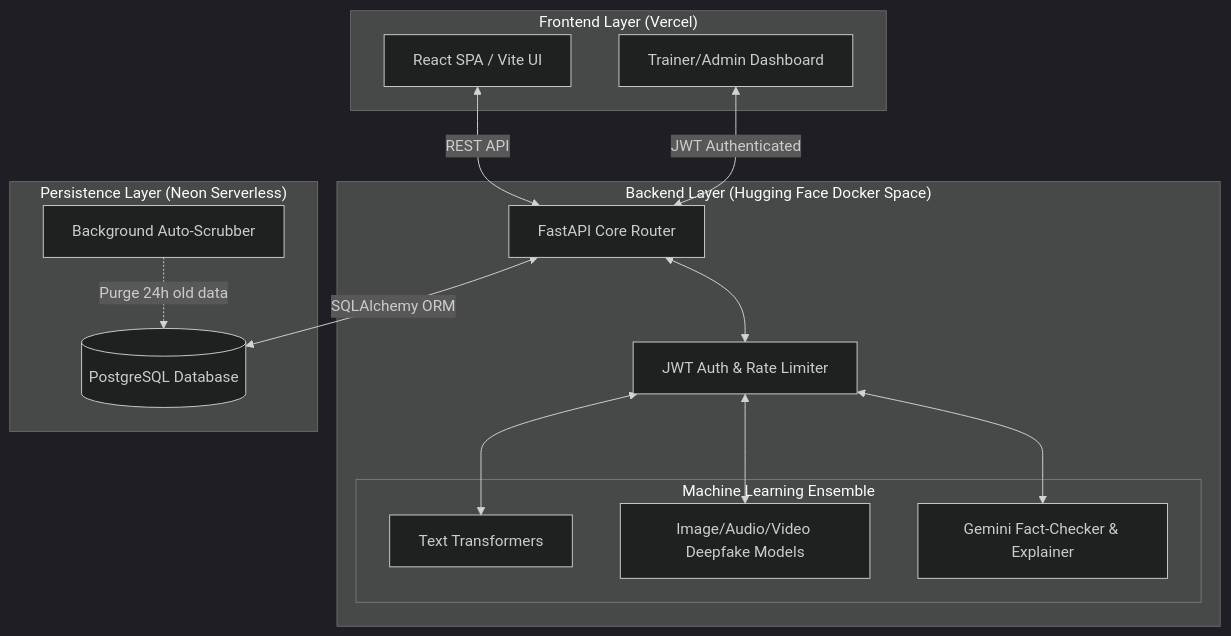
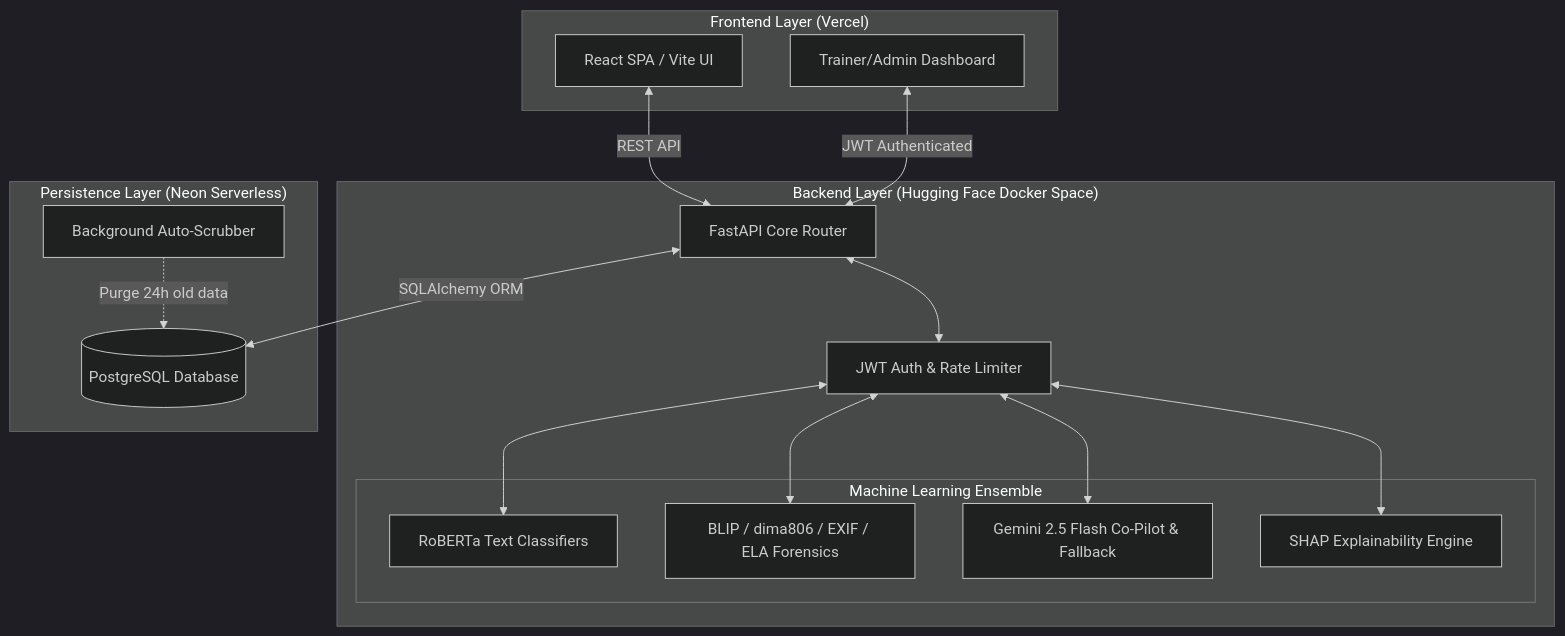
Before and after one commit to AnustupMaity/Legit.Ai: the diagram in README.md, drawn with Mermaid (dark theme). The commit also changed other lines of this file, not shown here.

Commit message:
modified:   README.md

````diff
--- a/README.md
+++ b/README.md
@@ -43,34 +45,36 @@
 ```mermaid
 graph TD
     subgraph "Frontend Layer (Vercel)"
         A[React SPA / Vite UI]
         B[Trainer/Admin Dashboard]
     end
 
     subgraph "Backend Layer (Hugging Face Docker Space)"
         C[FastAPI Core Router]
         D[JWT Auth & Rate Limiter]
         
         subgraph "Machine Learning Ensemble"
-            F[Text Transformers]
-            G[Image/Audio/Video Deepfake Models]
-            H[Gemini Fact-Checker & Explainer]
+            F[RoBERTa Text Classifiers]
+            G[BLIP / dima806 / EXIF / ELA Forensics]
+            H[Gemini 2.5 Flash Co-Pilot & Fallback]
+            J[SHAP Explainability Engine]
         end
     end
 
     subgraph "Persistence Layer (Neon Serverless)"
         I[(PostgreSQL Database)]
         E[Background Auto-Scrubber]
     end
 
     A <-->|REST API| C
     B <-->|JWT Authenticated| C
     
     C <--> D
     D <--> F
     D <--> G
     D <--> H
+    D <--> J
     
     C <-->|SQLAlchemy ORM| I
     E -.->|Purge 24h old data| I
 ```
````
